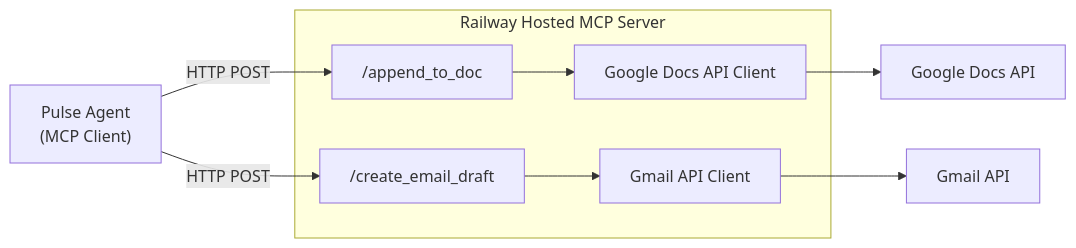
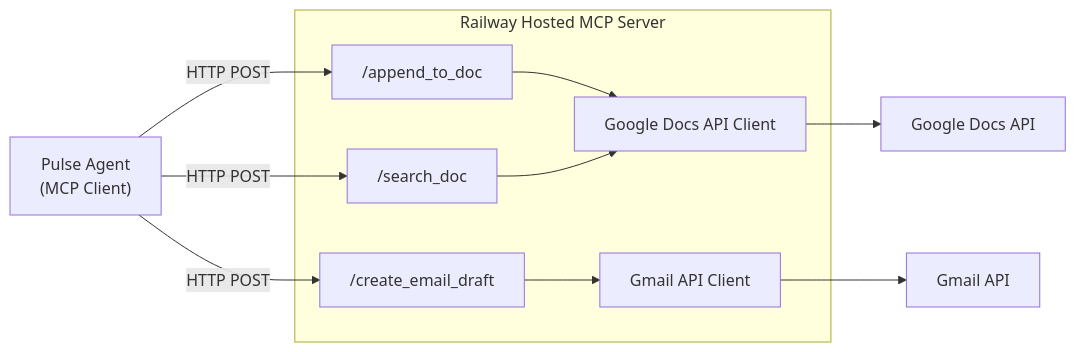
Before and after one commit to Shekhu07/Weekly_Pulse: the fifth of 5 diagrams in docs/architecture.md, drawn with Mermaid. The commit also changed other lines of this file and 1 other file, not shown here.

Commit message:
docs: update architecture and implementation plan for search_doc endpoint
- documented the /search_doc endpoint for idempotency
- added notes about the fallback mechanism for gracefully handling 404s if the remote server is un-updated

````diff
--- a/docs/architecture.md
+++ b/docs/architecture.md
@@ -492,20 +492,23 @@
 ```mermaid
 graph LR
     Agent["Pulse Agent<br/>(MCP Client)"]
 
     subgraph "Railway Hosted MCP Server"
         DT1["/append_to_doc"]
+        DT2["/search_doc"]
         GT1["/create_email_draft"]
         DC["Google Docs API Client"]
         GC["Gmail API Client"]
     end
 
     Agent -- "HTTP POST" --> DT1
+    Agent -- "HTTP POST" --> DT2
     Agent -- "HTTP POST" --> GT1
 
     DT1 --> DC
+    DT2 --> DC
     GT1 --> GC
 
     DC --> DocsAPI["Google Docs API"]
     GC --> GmailAPI["Gmail API"]
 ```
````
